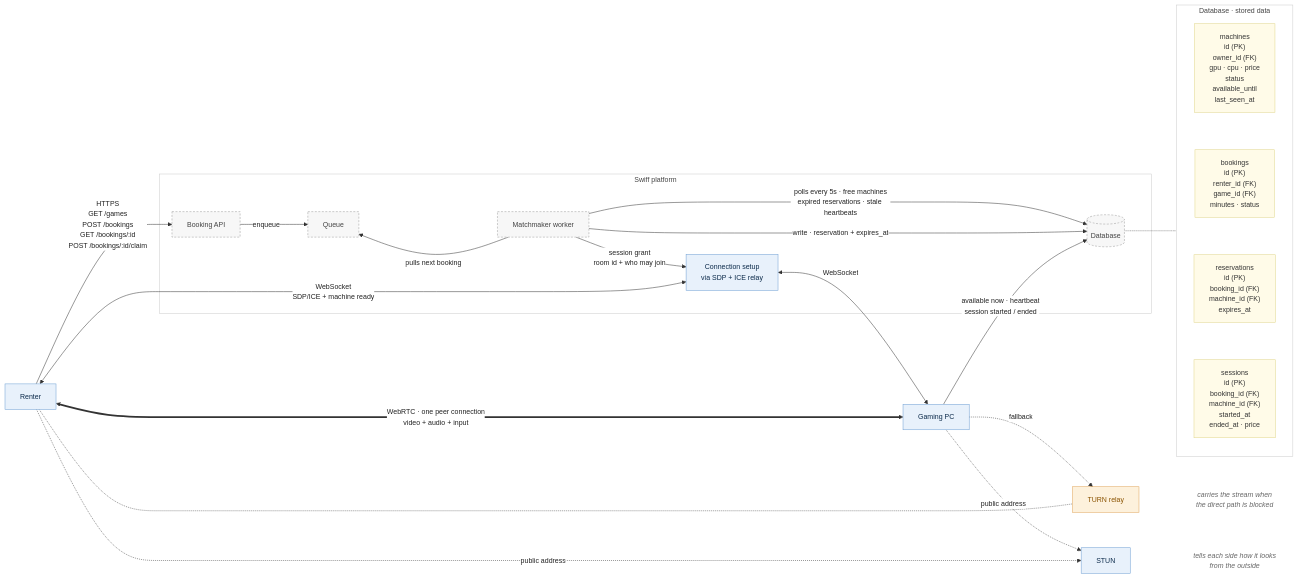
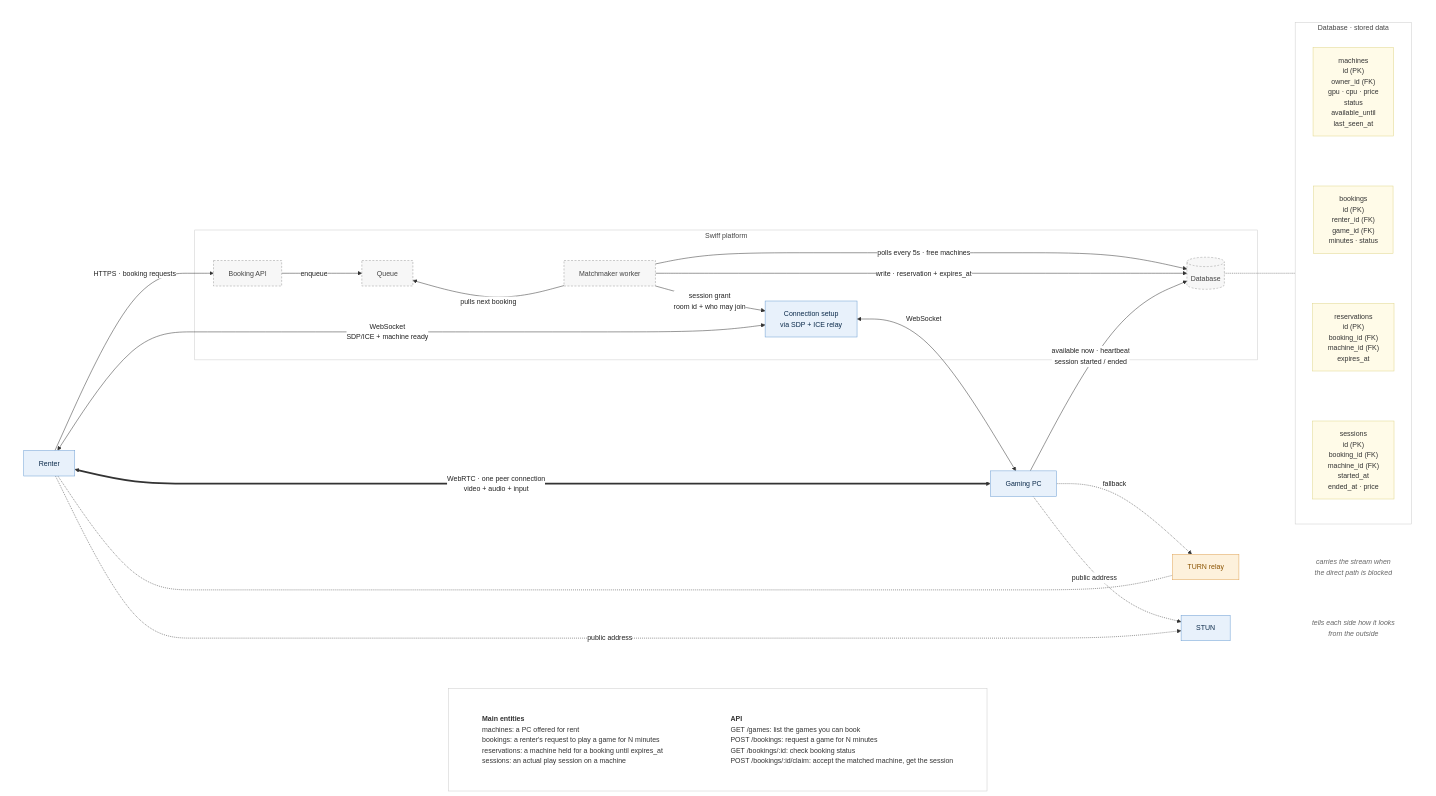
One commit to tomnotthomas/distributed_gaming changed the diagram in docs/diagrams/system-architecture.mmd. Above: the diagram before and after it, drawn with Mermaid. The commit also changed 1 other file, not shown here.

Commit message:
docs(diagrams): move API list and entity summary into a panel below the diagram
Shorten the Renter -> Booking API and Matchmaker poll labels; the
endpoints and main entities are now described in their own area.

```diff
--- a/docs/diagrams/system-architecture.mmd
+++ b/docs/diagrams/system-architecture.mmd
@@ -1,74 +1,91 @@
 ---
 config:
   theme: base
   flowchart:
     curve: basis
     htmlLabels: true
+    wrappingWidth: 600
   themeVariables:
     fontFamily: "Helvetica Neue, Helvetica, Arial, sans-serif"
     fontSize: 14px
     edgeLabelBackground: "#ffffff"
     lineColor: "#333333"
     primaryTextColor: "#222222"
   themeCSS: >-
     .edgeLabel, .edgeLabel p, .edgeLabel span, .labelBkg { background: #fff !important; background-color: #fff !important; }
     .edgeLabel p, .edgeLabel span { color: #555; font-size: 13px; }
     .edgeLabel rect { fill: #fff !important; opacity: 1 !important; }
     svg, text, span, p, div { font-family: "Helvetica Neue", Helvetica, Arial, sans-serif !important; }
 ---
-flowchart LR
-  Renter["Renter"]
-  PC["Gaming PC"]
-  TURN["TURN relay"]
-  STUN["STUN"]
-  TURNnote["carries the stream when<br/>the direct path is blocked"]
-  STUNnote["tells each side how it looks<br/>from the outside"]
-  TURN ~~~ TURNnote
-  STUN ~~~ STUNnote
+flowchart TB
+  subgraph Arch[" "]
+    direction LR
+    Renter["Renter"]
+    PC["Gaming PC"]
+    TURN["TURN relay"]
+    STUN["STUN"]
+    TURNnote["carries the stream when<br/>the direct path is blocked"]
+    STUNnote["tells each side how it looks<br/>from the outside"]
+    TURN ~~~ TURNnote
+    STUN ~~~ STUNnote
 
-  subgraph Platform["Swiff platform"]
-    API["Booking API"]
-    Q["Queue"]
-    MM["Matchmaker worker"]
-    DB[("Database")]
-    SIG["Connection setup<br/>via SDP + ICE relay"]
+    subgraph Platform["Swiff platform"]
+      API["Booking API"]
+      Q["Queue"]
+      MM["Matchmaker worker"]
+      DB[("Database")]
+      SIG["Connection setup<br/>via SDP + ICE relay"]
+    end
+
+    subgraph Data["Database · stored data"]
+      direction TB
+      T1["machines<br/>id (PK)<br/>owner_id (FK)<br/>gpu · cpu · price<br/>status<br/>available_until<br/>last_seen_at"]
+      T2["bookings<br/>id (PK)<br/>renter_id (FK)<br/>game_id (FK)<br/>minutes · status"]
+      T3["reservations<br/>id (PK)<br/>booking_id (FK)<br/>machine_id (FK)<br/>expires_at"]
+      T4["sessions<br/>id (PK)<br/>booking_id (FK)<br/>machine_id (FK)<br/>started_at<br/>ended_at · price"]
+      T1 ~~~ T2 ~~~ T3 ~~~ T4
+    end
+
+
+    Renter -- "HTTPS · booking requests" --> API
+    API -- "enqueue" --> Q
+    Q ~~~ MM
+    MM -- "pulls next booking" --> Q
+    MM -- "polls every 5s · free machines" --> DB
+    MM -- "write · reservation + expires_at" --> DB
+    MM -- "session grant<br/>room id + who may join" --> SIG
+    Renter <-- "WebSocket<br/>SDP/ICE + machine ready" --> SIG
+    SIG <-- "WebSocket" --> PC
+    PC -- "available now · heartbeat<br/>session started / ended" --> DB
+    Renter <== "WebRTC · one peer connection<br/>video + audio + input" ==> PC
+    PC -. "fallback" .-> TURN
+    Renter <-.- TURN
+    PC -. "public address" .-> STUN
+    Renter -. "public address" .-> STUN
+    DB -.- Data
   end
 
-  subgraph Data["Database · stored data"]
-    direction TB
-    T1["machines<br/>id (PK)<br/>owner_id (FK)<br/>gpu · cpu · price<br/>status<br/>available_until<br/>last_seen_at"]
-    T2["bookings<br/>id (PK)<br/>renter_id (FK)<br/>game_id (FK)<br/>minutes · status"]
-    T3["reservations<br/>id (PK)<br/>booking_id (FK)<br/>machine_id (FK)<br/>expires_at"]
-    T4["sessions<br/>id (PK)<br/>booking_id (FK)<br/>machine_id (FK)<br/>started_at<br/>ended_at · price"]
-    T1 ~~~ T2 ~~~ T3 ~~~ T4
+  subgraph Info[" "]
+    direction LR
+    ENT["<b>Main entities</b><br/>machines: a PC offered for rent<br/>bookings: a renter's request to play a game for N minutes<br/>reservations: a machine held for a booking until expires_at<br/>sessions: an actual play session on a machine"]
+    APIS["<b>API</b><br/>GET /games: list the games you can book<br/>POST /bookings: request a game for N minutes<br/>GET /bookings/:id: check booking status<br/>POST /bookings/:id/claim: accept the matched machine, get the session"]
+    ENT ~~~ APIS
   end
-
-  Renter -- "HTTPS<br/>GET /games<br/>POST /bookings<br/>GET /bookings/:id<br/>POST /bookings/:id/claim" --> API
-  API -- "enqueue" --> Q
-  Q ~~~ MM
-  MM -- "pulls next booking" --> Q
-  MM -- "polls every 5s · free machines<br/>expired reservations · stale heartbeats" --> DB
-  MM -- "write · reservation + expires_at" --> DB
-  MM -- "session grant<br/>room id + who may join" --> SIG
-  Renter <-- "WebSocket<br/>SDP/ICE + machine ready" --> SIG
-  SIG <-- "WebSocket" --> PC
-  PC -- "available now · heartbeat<br/>session started / ended" --> DB
-  Renter <== "WebRTC · one peer connection<br/>video + audio + input" ==> PC
-  PC -. "fallback" .-> TURN
-  Renter <-.- TURN
-  PC -. "public address" .-> STUN
-  Renter -. "public address" .-> STUN
-  DB -.- Data
+  Arch ~~~ Info
 
   classDef platform fill:#f7f7f7,stroke:#999,stroke-dasharray:4 3,color:#444
   classDef endpoint fill:#e8f1fb,stroke:#6d9ed3,color:#0b2a4a
   classDef turn fill:#fdf1dc,stroke:#e0a458,color:#8a5300
   classDef note fill:none,stroke:none,color:#666,font-style:italic
   classDef table fill:#fffbe8,stroke:#e0d58a,color:#333
   class API,Q,MM,DB platform
   class Renter,PC,SIG,STUN endpoint
   class TURN turn
   class T1,T2,T3,T4 table
   class TURNnote,STUNnote note
+  classDef info fill:none,stroke:none,color:#333,text-align:left,font-size:14px
+  class ENT,APIS info
+  style Info fill:#ffffff,stroke:#ccc,color:#444
   style Platform fill:#ffffff,stroke:#ccc,color:#444
   style Data fill:#ffffff,stroke:#ccc,color:#444
+  style Arch fill:none,stroke:none
```
